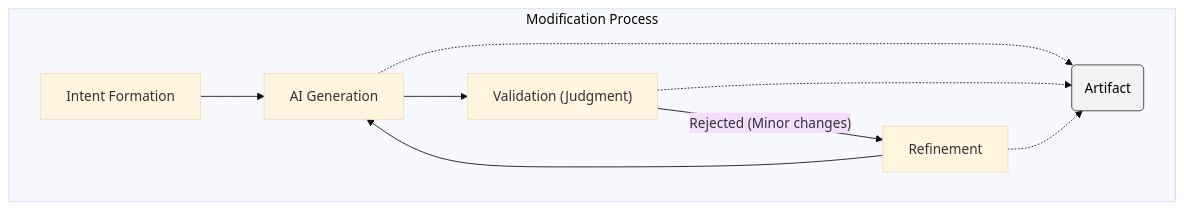
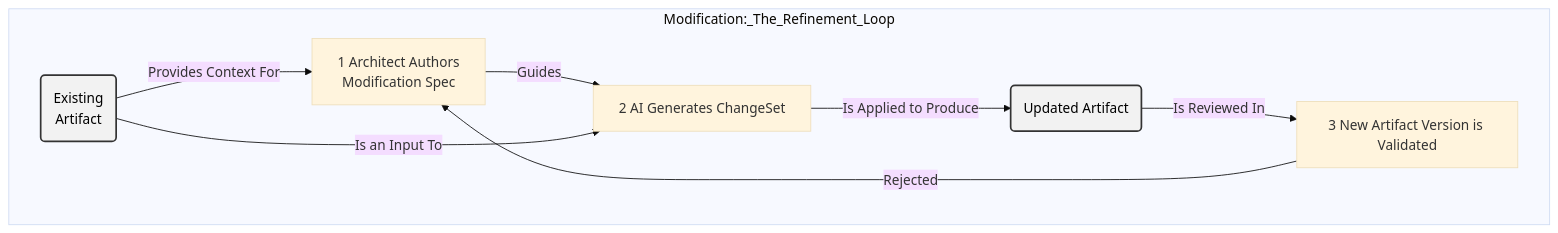
Before and after one commit to bahsim/idgl-dev-system: the second of 2 diagrams in 03-the-artifact-lifecycle.md, drawn with Mermaid (base theme). The commit also changed other lines of this file and 27 other files, not shown here.

````diff
--- a/03-the-artifact-lifecycle.md
+++ b/03-the-artifact-lifecycle.md
@@ -60,21 +51,25 @@
 ```mermaid
 graph TD
-    subgraph "Modification Process"
-        A["Intent Formation"]
-        B["AI Generation"]
-        C["Validation (Judgment)"]
-        D["Refinement"]
-        F(Artifact)
+    subgraph "Modification:_The_Refinement_Loop"
+        
+        
+        A["1 Architect Authors<br/>Modification Spec"]
+        EA("Existing<br/>Artifact")
+        B["2 AI Generates ChangeSet"]
+        C["3 New Artifact Version is Validated"]
 
-        A --> B
-        B --> C
-        C -- "Rejected (Minor changes)" --> D
-        D --> B
+        D(Updated Artifact)
 
-        B -.-> F
-        C -.-> F
-        D -.-> F
+        A -- "Guides" --> B
+        B -- "Is Applied to Produce" --> D
+        D -- "Is Reviewed In" --> C
+        C -- "Rejected" --> A
 
-        style F fill:#f2f2f2,stroke:#333,stroke-width:1px,color:#000
+        EA -- "Provides Context For" --> A
+        EA -- "Is an Input To" --> B
+
+
+        style EA fill:#f2f2f2,stroke:#333,stroke-width:2px,color:#000
+        style D fill:#f2f2f2,stroke:#333,stroke-width:2px,color:#000
     end
 ```
````
